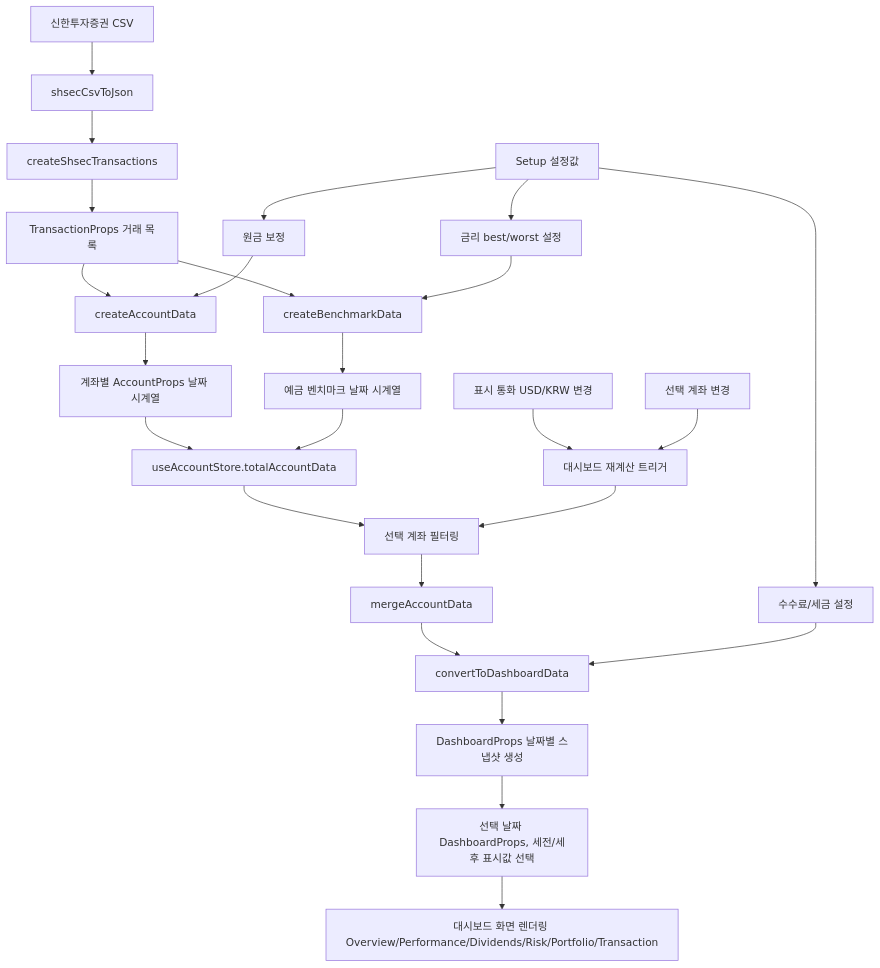
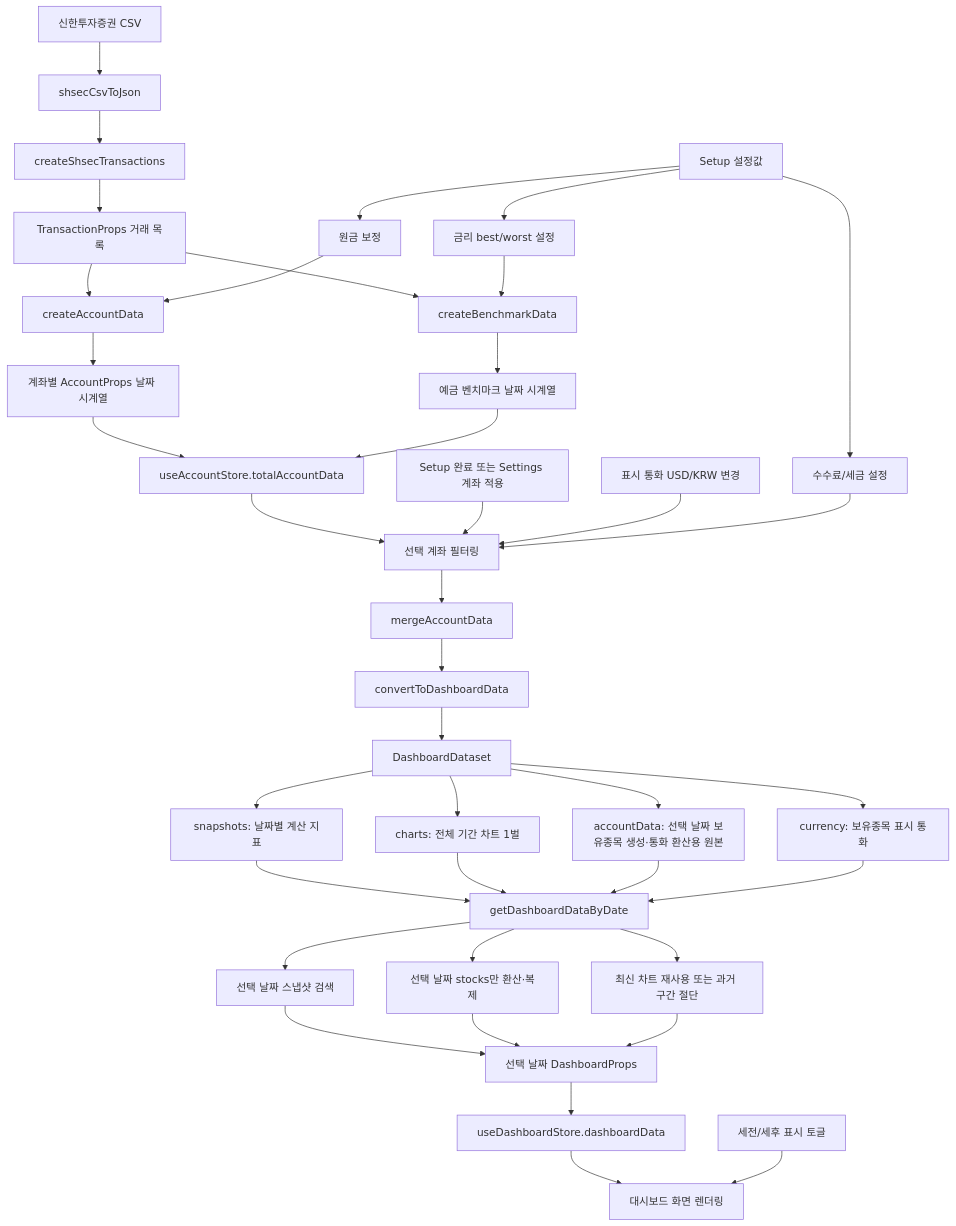
Before and after one commit to syki66/asset-dashboard: the second of 3 diagrams in README.md, drawn with Mermaid. The commit also changed other lines of this file, not shown here.

````diff
--- a/README.md
+++ b/README.md
@@ -300,34 +312,48 @@
 ```mermaid
 flowchart TD
   A[신한투자증권 CSV] --> B[shsecCsvToJson]
   B --> C[createShsecTransactions]
   C --> T[TransactionProps 거래 목록]
 
   S[Setup 설정값] --> S1[원금 보정]
   S --> S2[수수료/세금 설정]
   S --> S3[금리 best/worst 설정]
 
   T --> E[createAccountData]
   S1 --> E
   E --> F[계좌별 AccountProps 날짜 시계열]
 
   T --> G[createBenchmarkData]
   S3 --> G
   G --> H[예금 벤치마크 날짜 시계열]
 
   F --> I[useAccountStore.totalAccountData]
   H --> I
 
   I --> J[선택 계좌 필터링]
+  O2[Setup 완료 또는 Settings 계좌 적용] --> J
+  O1[표시 통화 USD/KRW 변경] --> J
+  S2 --> J
   J --> K[mergeAccountData]
   K --> L[convertToDashboardData]
-  S2 --> L
+  L --> DATA[DashboardDataset]
 
-  O1[표시 통화 USD/KRW 변경] --> R[대시보드 재계산 트리거]
-  O2[선택 계좌 변경] --> R
-  R --> J
+  DATA --> M1[snapshots: 날짜별 계산 지표]
+  DATA --> M2[charts: 전체 기간 차트 1벌]
+  DATA --> M3[accountData: 선택 날짜 보유종목 생성·통화 환산용 원본]
+  DATA --> M4[currency: 보유종목 표시 통화]
 
-  L --> M[DashboardProps 날짜별 스냅샷 생성]
-  M --> N[선택 날짜 DashboardProps, 세전/세후 표시값 선택]
-  N --> O[대시보드 화면 렌더링 Overview/Performance/Dividends/Risk/Portfolio/Transaction]
+  M1 --> N[getDashboardDataByDate]
+  M2 --> N
+  M3 --> N
+  M4 --> N
+  N --> N1[선택 날짜 스냅샷 검색]
+  N --> N2[선택 날짜 stocks만 환산·복제]
+  N --> N3[최신 차트 재사용 또는 과거 구간 절단]
+  N1 --> D[선택 날짜 DashboardProps]
+  N2 --> D
+  N3 --> D
+  D --> DS[useDashboardStore.dashboardData]
+  DS --> O[대시보드 화면 렌더링]
+  TAX[세전/세후 표시 토글] --> O
 ```
````
